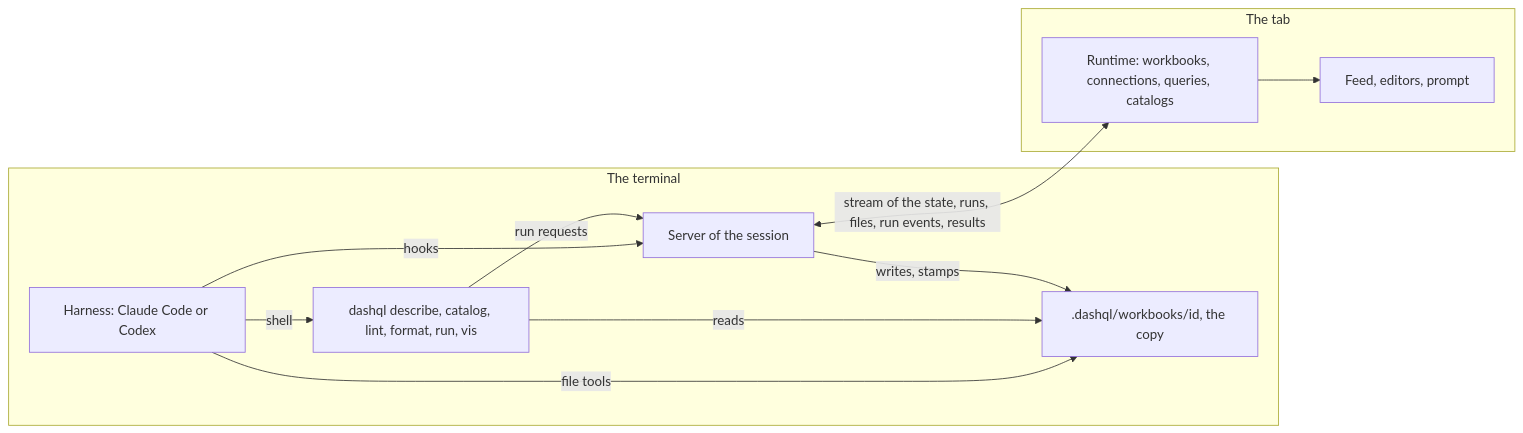
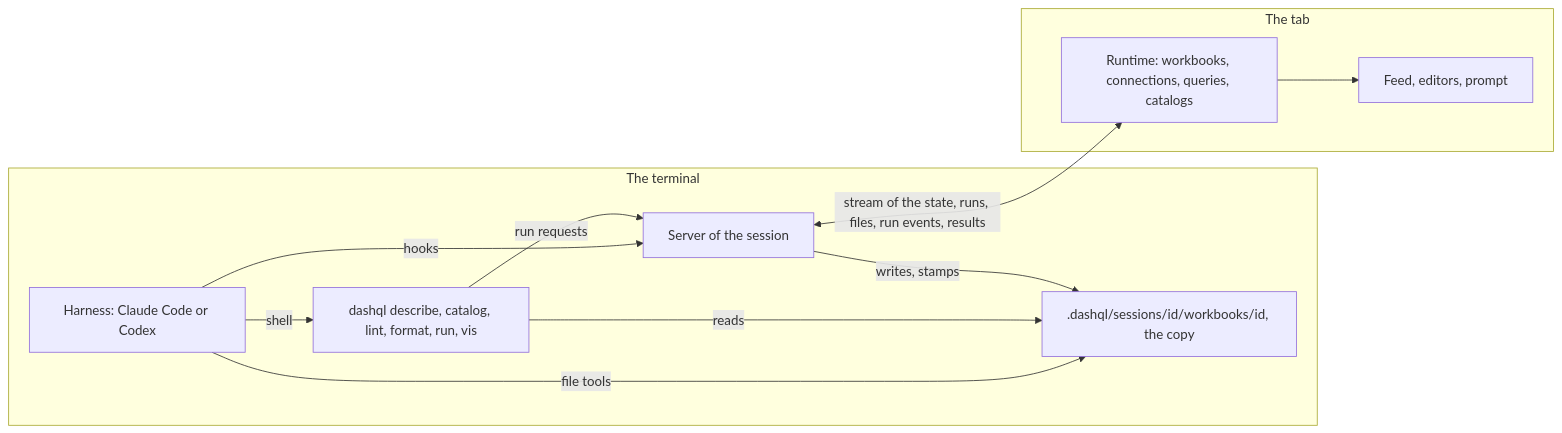
The first of 2 diagrams in docs/design/agent_integration.md (ankoh/dashql), drawn with Mermaid before and after one commit. The commit also changed other lines of this file and 44 other files, not shown here.

````diff
--- a/docs/design/agent_integration.md
+++ b/docs/design/agent_integration.md
@@ -22,17 +22,17 @@
 ```mermaid
 flowchart LR
     subgraph Terminal[The terminal]
         H["Harness: Claude Code or Codex"] -->|hooks| S["Server of the session"]
         H -->|shell| C["dashql describe, catalog, lint, format, run, vis"]
-        H -->|file tools| F[".dashql/workbooks/id, the copy"]
+        H -->|file tools| F[".dashql/sessions/id/workbooks/id, the copy"]
         C -->|reads| F
         C -->|run requests| S
         S -->|writes, stamps| F
     end
     subgraph Tab[The tab]
         R["Runtime: workbooks, connections, queries, catalogs"]
         U["Feed, editors, prompt"]
         R --> U
     end
     S <-->|stream of the state, runs, files, run events, results| R
 ```
````
